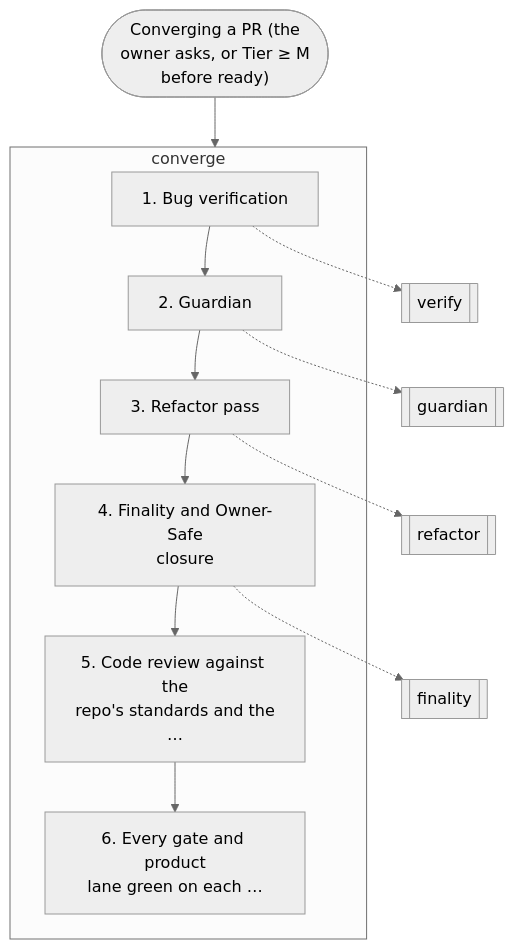
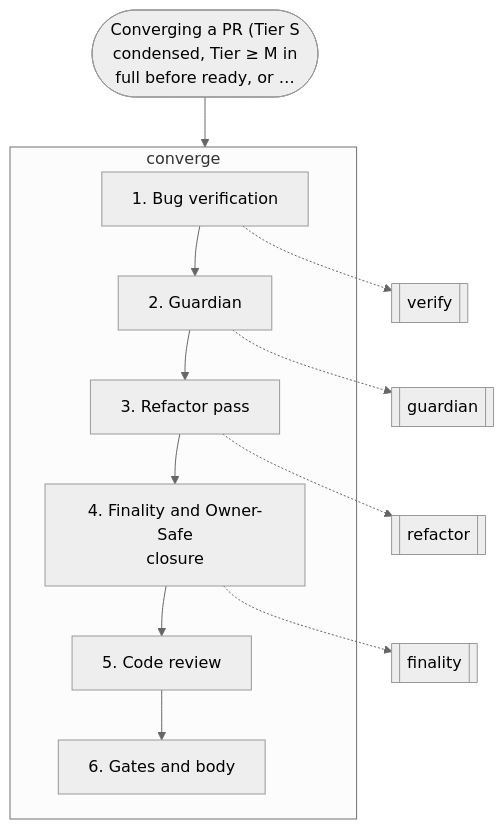
Before and after one commit to nitedani/mergeworthy: the seventh of 14 diagrams in docs/graphs.md, drawn with Mermaid (neutral theme). The commit also changed other lines of this file and 16 other files, not shown here.

````diff
--- a/docs/graphs.md
+++ b/docs/graphs.md
@@ -196,22 +210,22 @@
 ```mermaid
 flowchart TB
-  start(["Converging a PR (the<br/>owner asks, or Tier ≥ M<br/>before ready)"])
+  start(["Converging a PR (Tier S<br/>condensed, Tier ≥ M in<br/>full before ready, or …"])
   subgraph g0["converge"]
     s0["1. Bug verification"]
     s1["2. Guardian"]
     s0 --> s1
     s2["3. Refactor pass"]
     s1 --> s2
     s3["4. Finality and Owner-Safe<br/>closure"]
     s2 --> s3
-    s4["5. Code review against the<br/>repo's standards and the<br/>…"]
+    s4["5. Code review"]
     s3 --> s4
-    s5["6. Every gate and product<br/>lane green on each …"]
+    s5["6. Gates and body"]
     s4 --> s5
   end
   s0 -.-> r1[["verify"]]
   s1 -.-> r2[["guardian"]]
   s2 -.-> r3[["refactor"]]
   s3 -.-> r4[["finality"]]
   start --> g0
 ```
````
